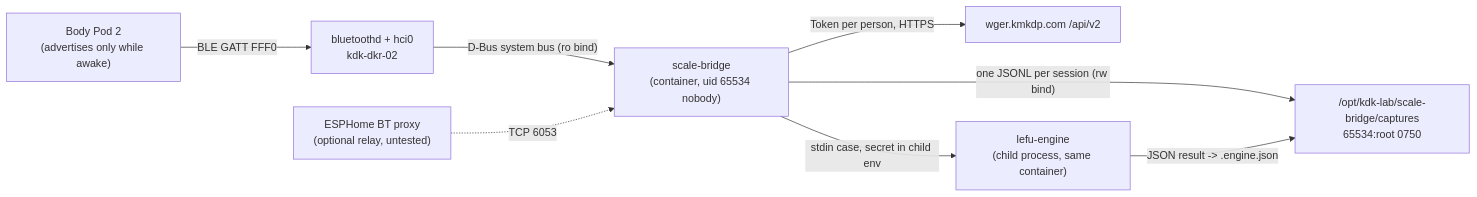
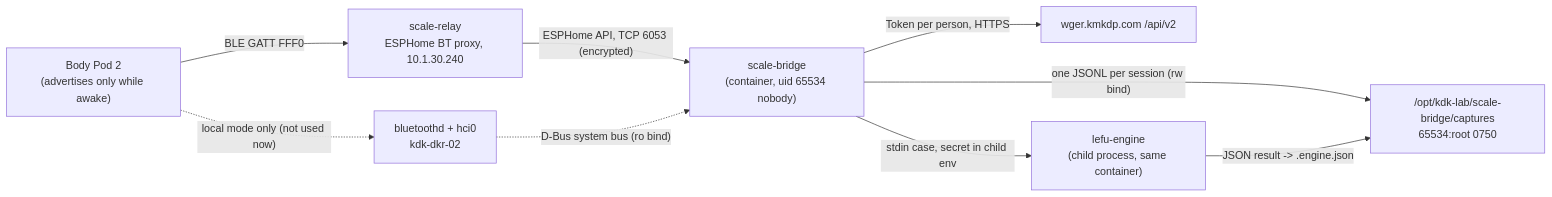
Before and after one commit to BigH3ater/kdk-lab-dkr: the diagram in docs/services/scale-bridge.md, drawn with Mermaid. The commit also changed other lines of this file and 8 other files, not shown here.

First line of the commit message:
docs(scale-bridge): add the scale-relay ESPHome config, relay mode is live

````diff
--- a/docs/services/scale-bridge.md
+++ b/docs/services/scale-bridge.md
@@ -27,10 +27,11 @@
 ```mermaid
 flowchart LR
-  S["Body Pod 2<br/>(advertises only while awake)"] -->|"BLE GATT FFF0"| BZ["bluetoothd + hci0<br/>kdk-dkr-02"]
-  BZ -->|"D-Bus system bus (ro bind)"| SB["scale-bridge<br/>(container, uid 65534 nobody)"]
-  P["ESPHome BT proxy<br/>(optional relay, untested)"] -.->|"TCP 6053"| SB
+  S["Body Pod 2<br/>(advertises only while awake)"] -->|"BLE GATT FFF0"| P["scale-relay<br/>ESPHome BT proxy, 10.1.30.240"]
+  P -->|"ESPHome API, TCP 6053 (encrypted)"| SB["scale-bridge<br/>(container, uid 65534 nobody)"]
+  S -.->|"local mode only (not used now)"| BZ["bluetoothd + hci0<br/>kdk-dkr-02"]
+  BZ -.->|"D-Bus system bus (ro bind)"| SB
   SB -->|"Token per person, HTTPS"| W["wger.kmkdp.com /api/v2"]
   SB -->|"one JSONL per session (rw bind)"| C["/opt/kdk-lab/scale-bridge/captures<br/>65534:root 0750"]
   SB -->|"stdin case, secret in child env"| E["lefu-engine<br/>(child process, same container)"]
   E -->|"JSON result -> .engine.json"| C
 ```
````
